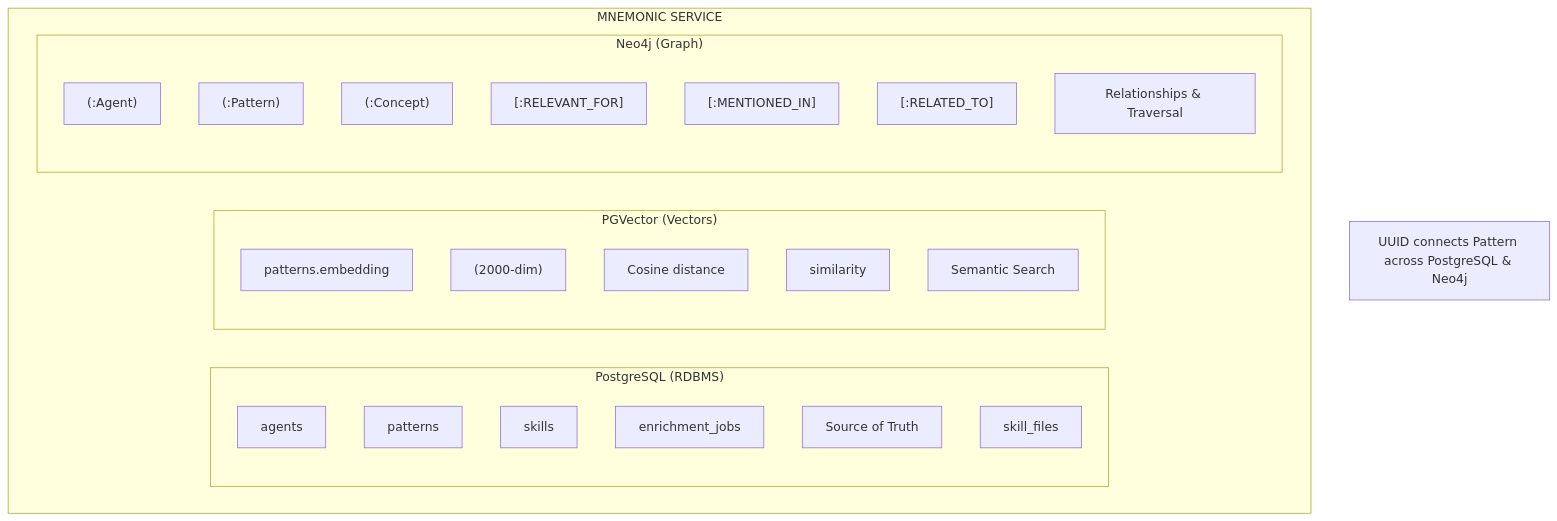
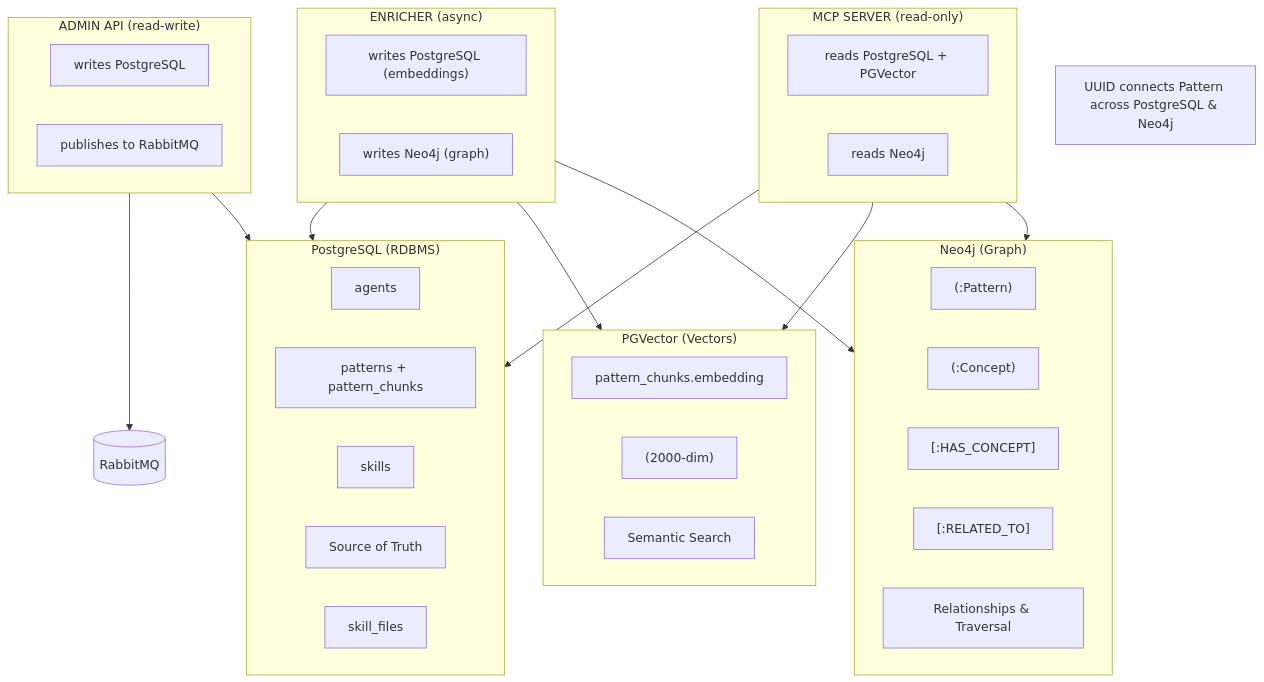
The first of 5 diagrams in docs/architecture/system/05-database-integration-flow.md (twistingmercury/mnemonic-docs), drawn with Mermaid before and after one commit. The commit also changed other lines of this file, not shown here.

Commit message:
docs: fix database integration flow for MVP 2 decomposed services

````diff
--- a/docs/architecture/system/05-database-integration-flow.md
+++ b/docs/architecture/system/05-database-integration-flow.md
@@ -70,33 +68,53 @@
 ```mermaid
 flowchart TB
-    subgraph MNEMONIC_SERVICE["MNEMONIC SERVICE"]
-        subgraph PostgreSQL["PostgreSQL (RDBMS)"]
-            PG1["agents"]
-            PG2["patterns"]
-            PG3["skills"]
-            PG4["enrichment_jobs"]
-            PG5["Source of Truth"]
-            PG6["skill_files"]
-        end
+    subgraph MCP_SERVER["MCP SERVER (read-only)"]
+        direction LR
+        MCP_PG["reads PostgreSQL + PGVector"]
+        MCP_N4J["reads Neo4j"]
+    end
 
-        subgraph PGVector["PGVector (Vectors)"]
-            PV1["patterns.embedding"]
-            PV2["(2000-dim)"]
-            PV3["Cosine distance"]
-            PV4["similarity"]
-            PV5["Semantic Search"]
-        end
+    subgraph ADMIN_API["ADMIN API (read-write)"]
+        direction LR
+        API_PG["writes PostgreSQL"]
+        API_MQ["publishes to RabbitMQ"]
+    end
 
-        subgraph Neo4j["Neo4j (Graph)"]
-            N1["(:Agent)"]
-            N2["(:Pattern)"]
-            N3["(:Concept)"]
-            N4["[:RELEVANT_FOR]"]
-            N5["[:MENTIONED_IN]"]
-            N6["[:RELATED_TO]"]
-            N7["Relationships & Traversal"]
-        end
+    subgraph ENRICHER["ENRICHER (async)"]
+        direction LR
+        ENR_PG["writes PostgreSQL (embeddings)"]
+        ENR_N4J["writes Neo4j (graph)"]
     end
+
+    subgraph PostgreSQL["PostgreSQL (RDBMS)"]
+        PG1["agents"]
+        PG2["patterns + pattern_chunks"]
+        PG3["skills"]
+        PG5["Source of Truth"]
+        PG6["skill_files"]
+    end
+
+    subgraph PGVector["PGVector (Vectors)"]
+        PV1["pattern_chunks.embedding"]
+        PV2["(2000-dim)"]
+        PV5["Semantic Search"]
+    end
+
+    subgraph Neo4j["Neo4j (Graph)"]
+        N2["(:Pattern)"]
+        N3["(:Concept)"]
+        N5["[:HAS_CONCEPT]"]
+        N6["[:RELATED_TO]"]
+        N7["Relationships & Traversal"]
+    end
+
+    MCP_PG --> PostgreSQL
+    MCP_PG --> PGVector
+    MCP_N4J --> Neo4j
+    API_PG --> PostgreSQL
+    API_MQ --> RabbitMQ[("RabbitMQ")]
+    ENR_PG --> PostgreSQL
+    ENR_PG --> PGVector
+    ENR_N4J --> Neo4j
 
     Note["UUID connects Pattern across PostgreSQL & Neo4j"]
 ```
````
